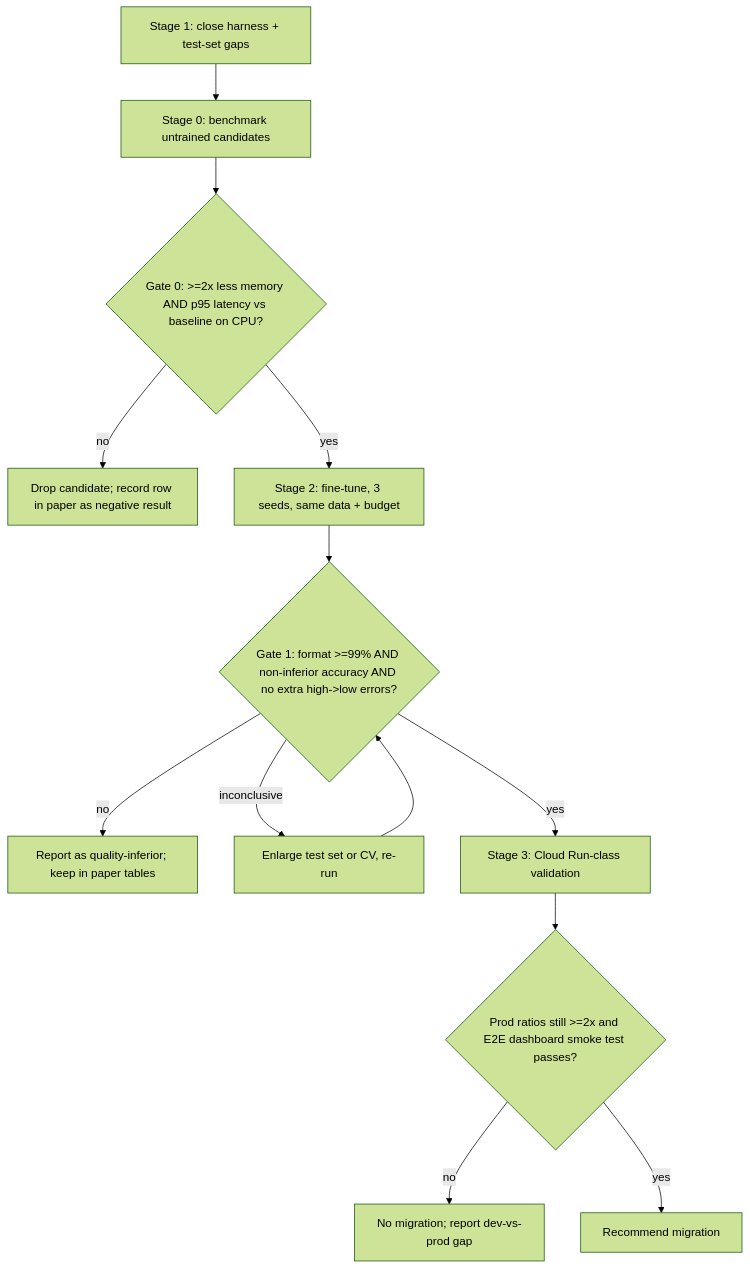
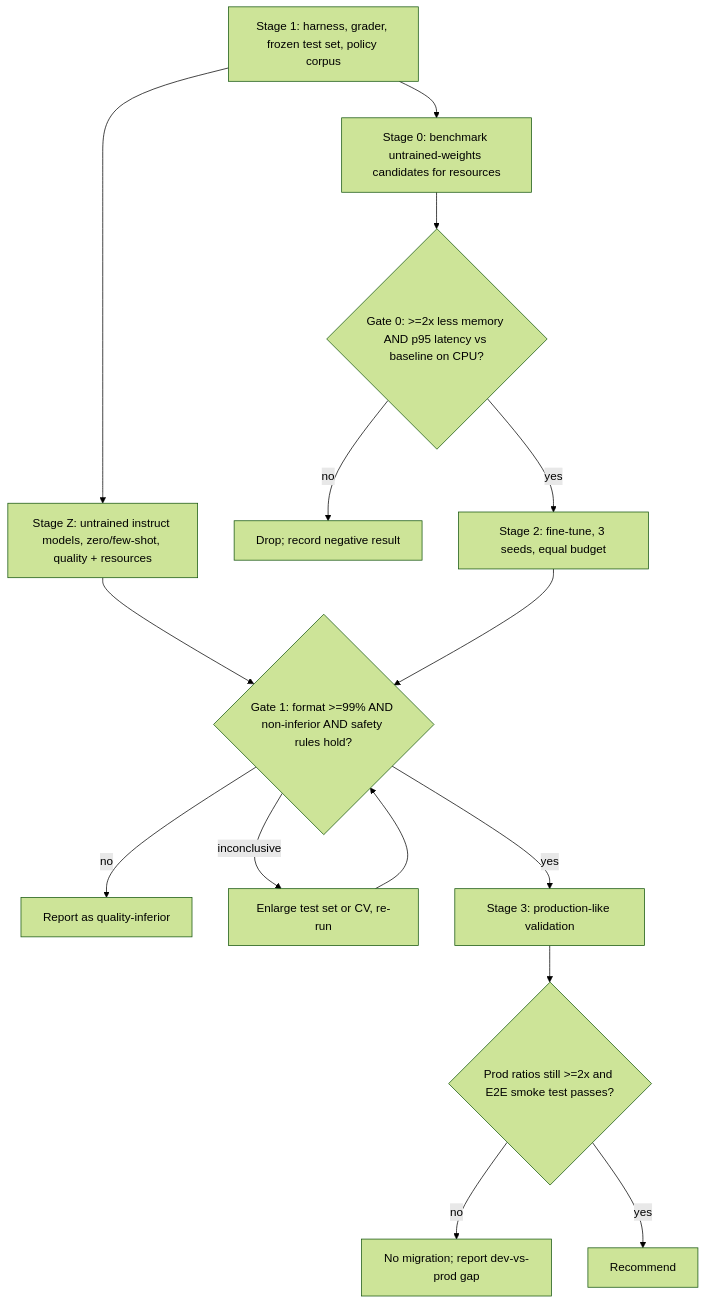
Before and after one commit to moizp/wellington-impact-lab: the diagram in docs/paper_plan.md, drawn with Mermaid (forest theme). The commit also changed other lines of this file and 2 other files, not shown here.

First line of the commit message:
Re-derive paper plan for HR-query task with Phi-4-mini baseline; add paper skeleton

````diff
--- a/docs/paper_plan.md
+++ b/docs/paper_plan.md
@@ -12,15 +31,17 @@
 ```mermaid
 flowchart TD
-    A[Stage 1: close harness + test-set gaps] --> B[Stage 0: benchmark untrained candidates]
+    A[Stage 1: harness, grader, frozen test set, policy corpus] --> B[Stage 0: benchmark untrained-weights candidates for resources]
+    A --> Z[Stage Z: untrained instruct models, zero/few-shot, quality + resources]
     B --> G0{Gate 0: >=2x less memory AND p95 latency vs baseline on CPU?}
-    G0 -- no --> X0[Drop candidate; record row in paper as negative result]
-    G0 -- yes --> C[Stage 2: fine-tune, 3 seeds, same data + budget]
-    C --> G1{Gate 1: format >=99% AND non-inferior accuracy AND no extra high->low errors?}
-    G1 -- no --> X1[Report as quality-inferior; keep in paper tables]
+    G0 -- no --> X0[Drop; record negative result]
+    G0 -- yes --> C[Stage 2: fine-tune, 3 seeds, equal budget]
+    Z --> G1
+    C --> G1{Gate 1: format >=99% AND non-inferior AND safety rules hold?}
+    G1 -- no --> X1[Report as quality-inferior]
     G1 -- inconclusive --> N[Enlarge test set or CV, re-run]
     N --> G1
-    G1 -- yes --> D[Stage 3: Cloud Run-class validation]
-    D --> G2{Prod ratios still >=2x and E2E dashboard smoke test passes?}
+    G1 -- yes --> D[Stage 3: production-like validation]
+    D --> G2{Prod ratios still >=2x and E2E smoke test passes?}
     G2 -- no --> X2[No migration; report dev-vs-prod gap]
-    G2 -- yes --> M[Recommend migration]
+    G2 -- yes --> M[Recommend]
 ```
````
